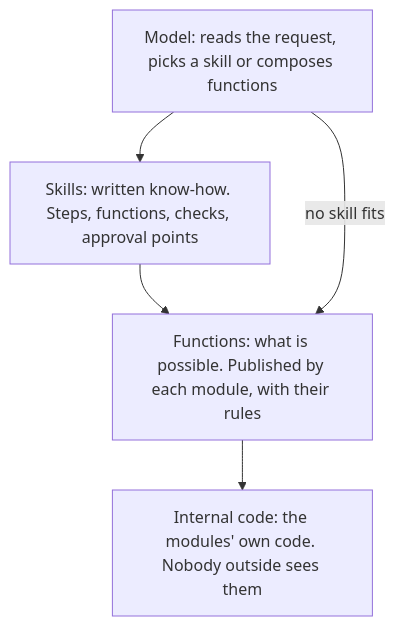
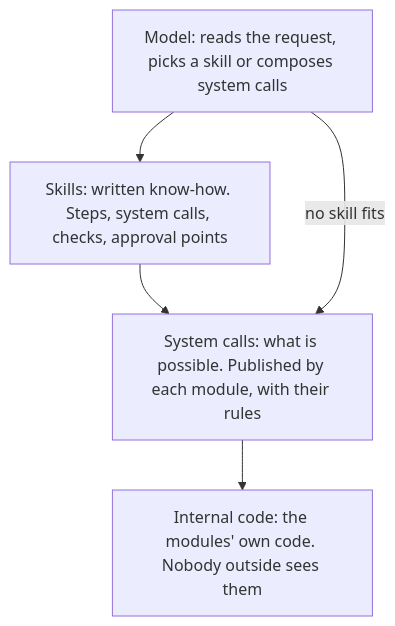
The fifth of 11 diagrams in technical-structure.md (puagraduationproject/graduationproject), drawn with Mermaid before and after one commit. The commit also changed other lines of this file and 2 other files, not shown here.

Commit message:
Design: functions are now system calls, and adapters are drivers

````diff
--- a/technical-structure.md
+++ b/technical-structure.md
@@ -501,11 +503,11 @@
 ```mermaid
 flowchart TD
-  M["Model: reads the request, picks a skill or composes functions"]
-  S["Skills: written know-how. Steps, functions, checks, approval points"]
-  T["Functions: what is possible. Published by each module, with their rules"]
+  M["Model: reads the request, picks a skill or composes system calls"]
+  S["Skills: written know-how. Steps, system calls, checks, approval points"]
+  T["System calls: what is possible. Published by each module, with their rules"]
   F["Internal code: the modules' own code. Nobody outside sees them"]
   M --> S
   S --> T
   M -->|"no skill fits"| T
   T --> F
 ```
````
